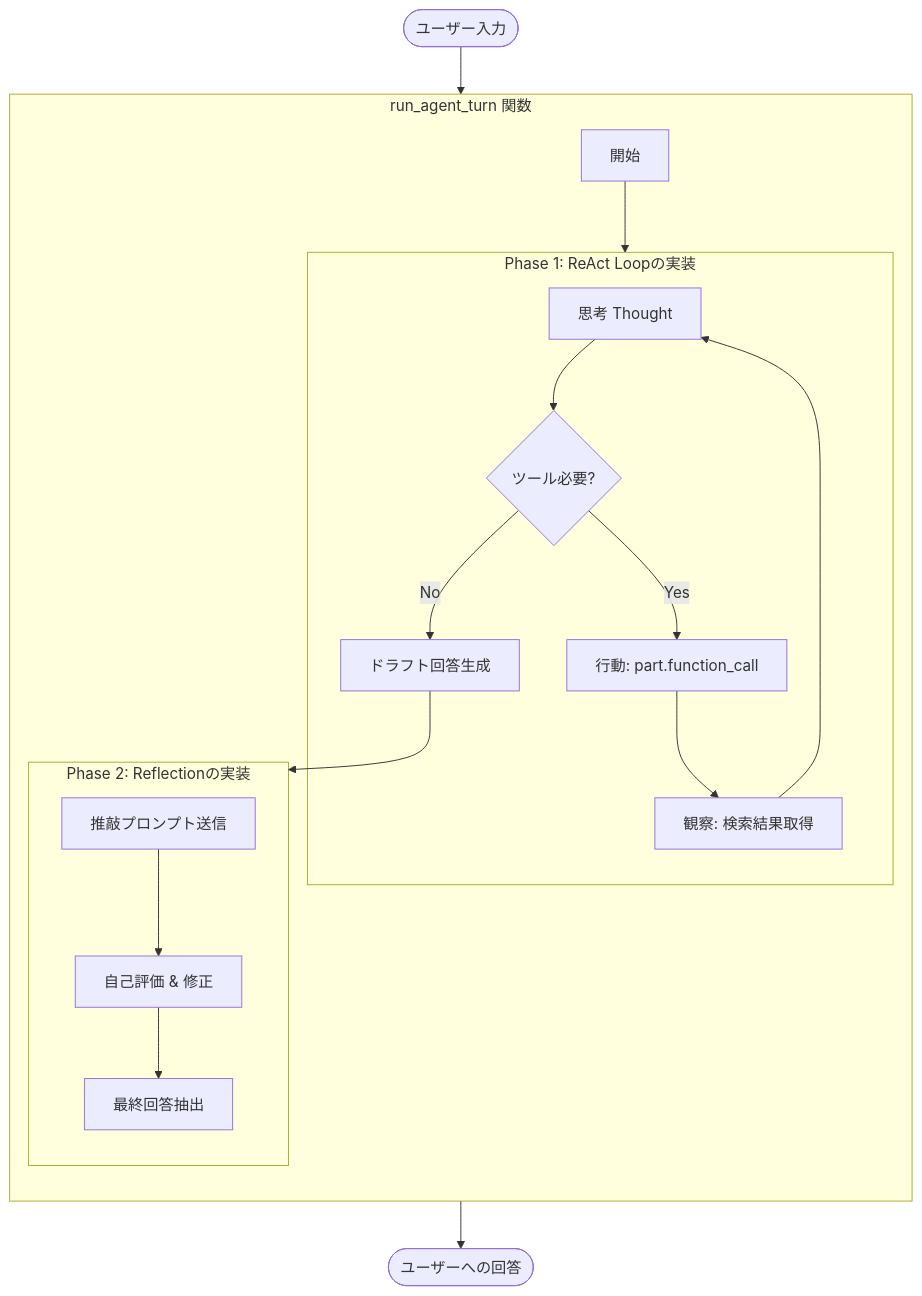
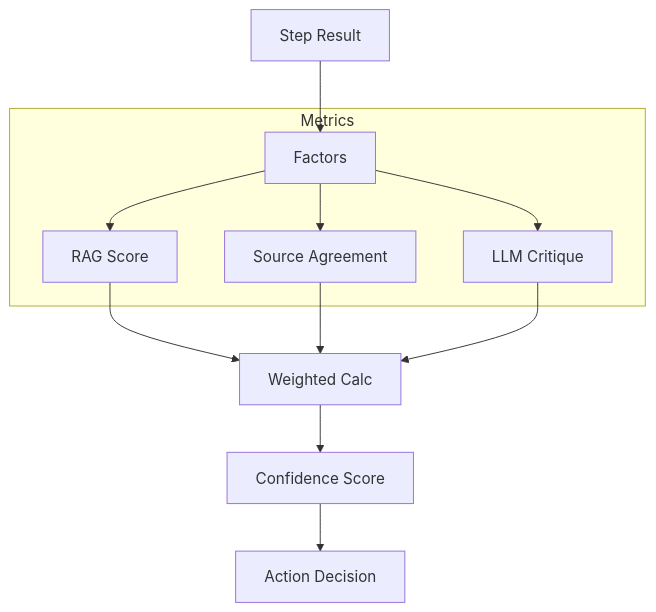
One commit to nakashima2toshio/gemini_grace_agent changed the fourth of 6 diagrams in README.md. Above: the diagram before and after it, drawn with Mermaid. The commit also changed other lines of this file and 8 other files, not shown here.

````diff
--- a/README.md
+++ b/README.md
@@ -645,24 +110,16 @@
 ```mermaid
-flowchart TD
-    User([ユーザー入力]) --> Start
-    subgraph Agent_Process [run_agent_turn 関数]
-        direction TB
-        Start[開始] --> ReAct_Phase
-
-        subgraph ReAct_Phase [Phase 1: ReAct Loopの実装]
-            Think[思考 Thought] --> Decide{ツール必要?}
-            Decide -- Yes --> Action[行動: part.function_call]
-            Action --> Observe[観察: 検索結果取得]
-            Observe --> Think
-            Decide -- No --> Draft[ドラフト回答生成]
-        end
-
-        Draft --> Reflection_Phase
-
-        subgraph Reflection_Phase [Phase 2: Reflectionの実装]
-            Review[推敲プロンプト送信] --> Critique[自己評価 & 修正]
-            Critique --> Finalize[最終回答抽出]
-        end
+graph TD
+    Result[Step Result] --> Factors
+    
+    subgraph Metrics
+        Factors --> Search[RAG Score]
+        Factors --> Agree[Source Agreement]
+        Factors --> SelfEval[LLM Critique]
     end
-    Finalize --> Output([ユーザーへの回答])
+    
+    Search --> Calc[Weighted Calc]
+    Agree --> Calc
+    SelfEval --> Calc
+    Calc --> Score[Confidence Score]
+    Score --> Decision[Action Decision]
 ```
````
